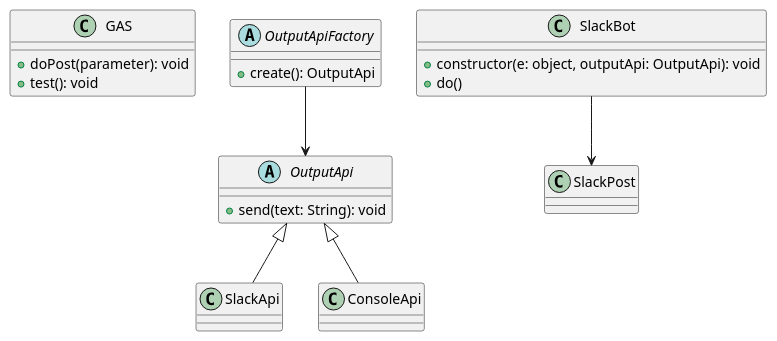
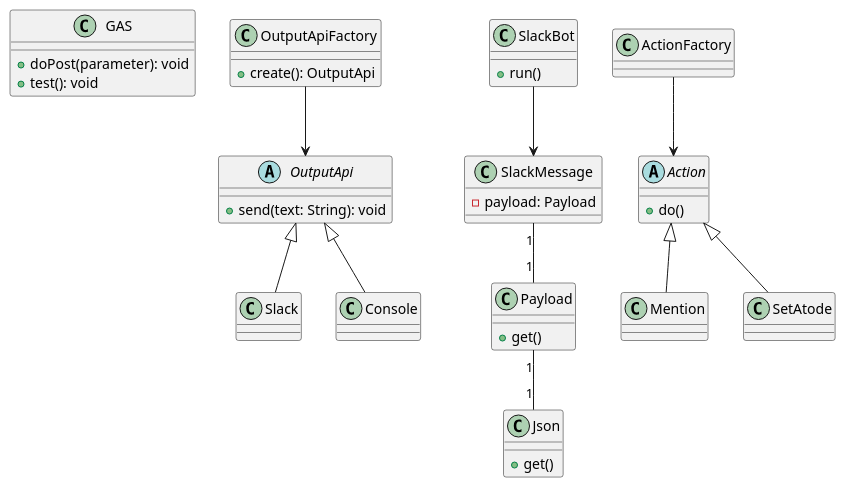
Before and after one commit to cajonito/atode: the diagram in doc/class.pu, drawn with PlantUML.

Commit message:
クラス図WIP #25

```diff
--- a/doc/class.pu
+++ b/doc/class.pu
@@ -1,34 +1,54 @@
 @startuml class
 class GAS {
   + doPost(parameter): void
   + test(): void
 }
 
-abstract OutputApiFactory {
+class OutputApiFactory {
   + create(): OutputApi
 }
 
 abstract OutputApi {
   + send(text: String): void
 }
 
-class SlackApi
-class ConsoleApi
+class Slack
+class Console
 
-OutputApi <|-- SlackApi
-OutputApi <|-- ConsoleApi
+OutputApi <|-- Slack
+OutputApi <|-- Console
 OutputApiFactory --> OutputApi
 
+class SlackBot {
+  + run()
+}
+class ActionFactory
+abstract Action {
+  + do()
+}
+class Mention
+class SetAtode
+
+ActionFactory --> Action
+Action <|-- Mention
+Action <|-- SetAtode
+
+class SlackMessage {
+  - payload: Payload
+}
+
+class Payload {
+  + get()
+}
+
+class Json {
+  + get()
+}
+
+SlackMessage "1"--"1" Payload
+Payload "1"--"1" Json
 
 
-class SlackBot {
-  + constructor(e: object, outputApi: OutputApi): void
-  + do()
-}
-
-class SlackPost {
-}
-
-SlackBot --> SlackPost
+SlackBot --> SlackMessage
 
 @enduml
```
